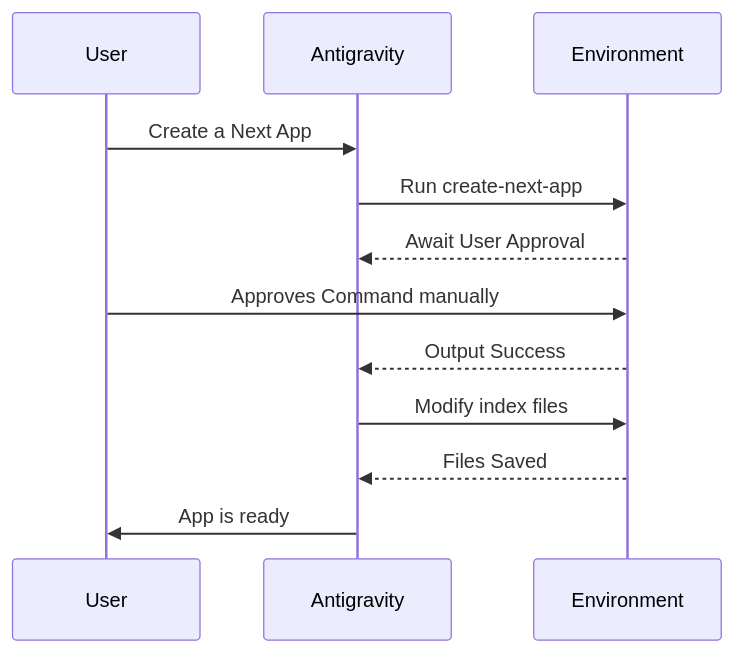
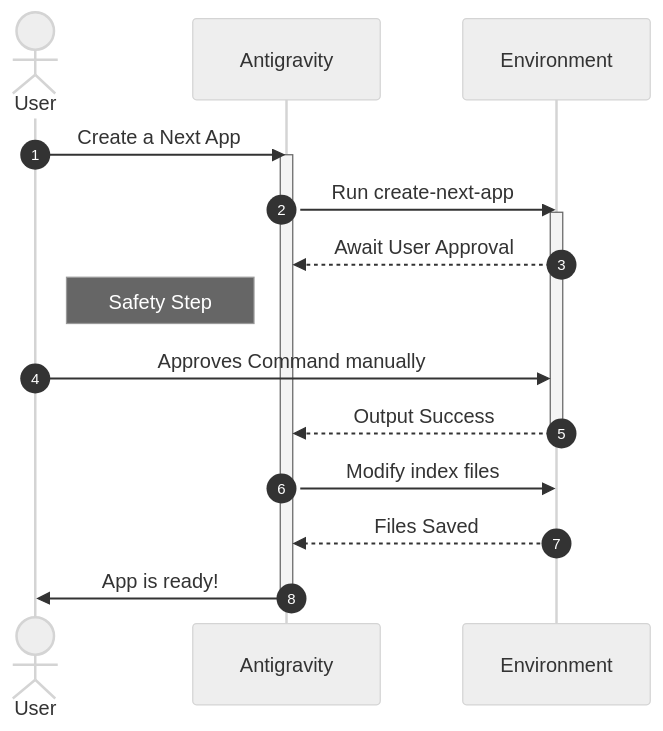
Before and after one commit to sinansoyalic-ai/Antigravity: the third of 4 diagrams in Antigravity101.md, drawn with Mermaid. The commit also changed other lines of this file, not shown here.

Commit message:
Update Antigravity101 with visually styled Mermaid extensions and mindmaps

````diff
--- a/Antigravity101.md
+++ b/Antigravity101.md
@@ -86,15 +90,24 @@
 ```mermaid
+%%{init: {'theme': 'neutral'}}%%
 sequenceDiagram
-    participant User
+    autonumber
+    actor User
     participant Antigravity
     participant Environment
 
     User->>Antigravity: Create a Next App
+    activate Antigravity
     Antigravity->>Environment: Run create-next-app
+    activate Environment
     Environment-->>Antigravity: Await User Approval
+    
+    note right of User: Safety Step
     User->>Environment: Approves Command manually
     Environment-->>Antigravity: Output Success
+    deactivate Environment
+    
     Antigravity->>Environment: Modify index files
     Environment-->>Antigravity: Files Saved
-    Antigravity->>User: App is ready
+    Antigravity->>User: App is ready!
+    deactivate Antigravity
 ```
````
